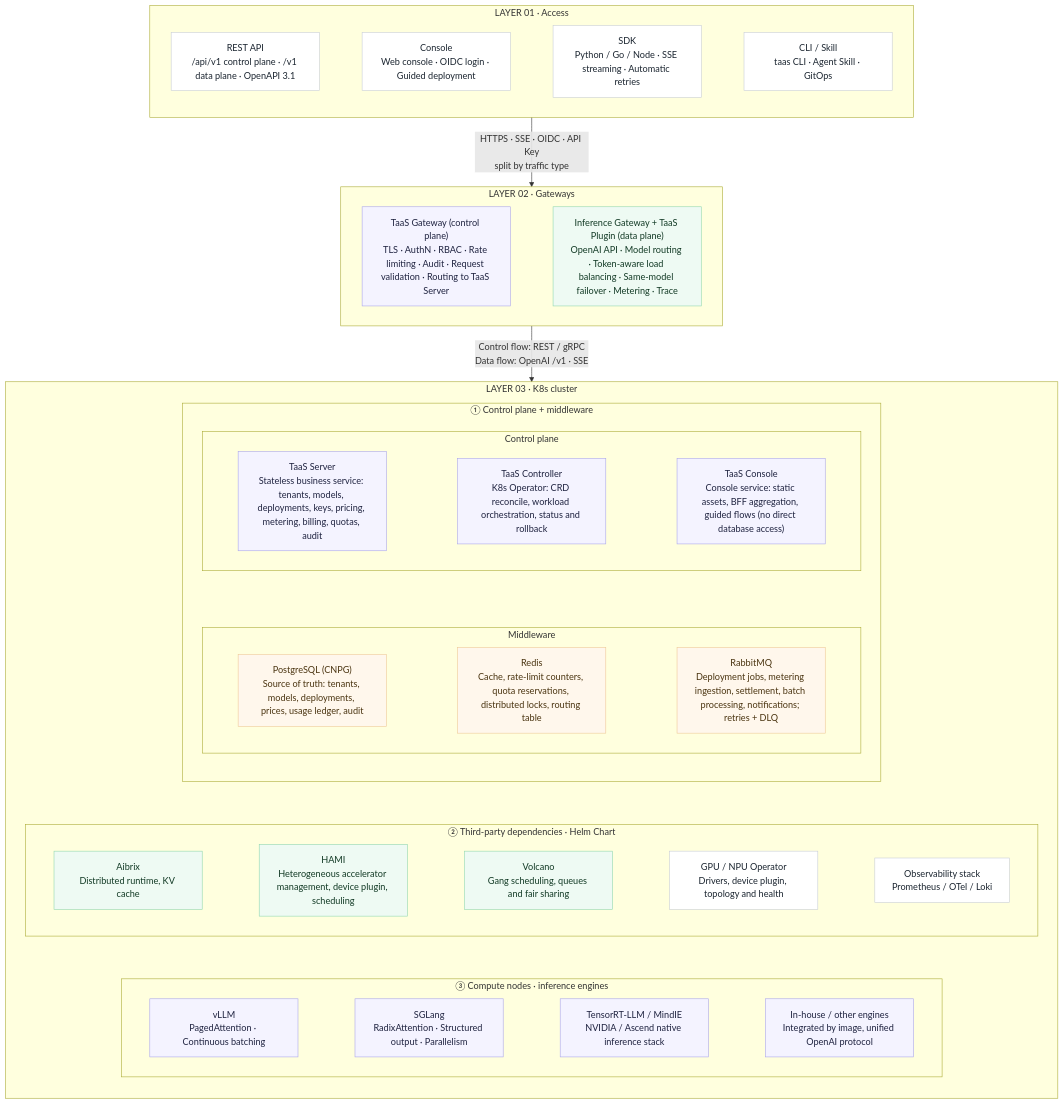
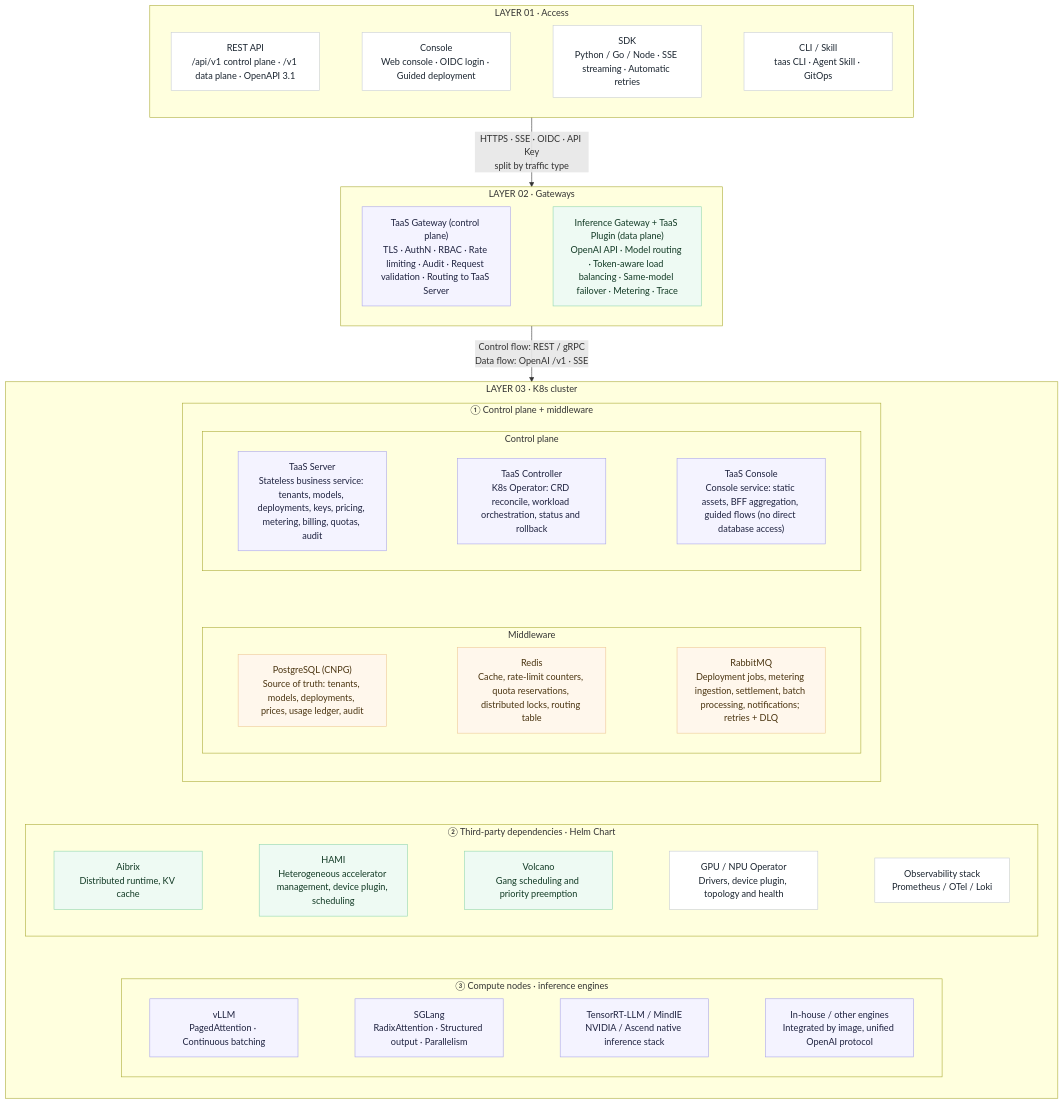
One commit to go-taas/go-taas changed the first of 6 diagrams in site/docs/design/architecture.md. Above: the diagram before and after it, drawn with Mermaid. The commit also changed other lines of this file and 209 other files, not shown here.

````diff
--- a/site/docs/design/architecture.md
+++ b/site/docs/design/architecture.md
@@ -15,66 +15,66 @@
 ```mermaid
 flowchart TB
 subgraph L1["LAYER 01 · Access"]
     direction LR
     A1["REST API<br/>/api/v1 control plane · /v1 data plane · OpenAPI 3.1"]:::cell
     A2["Console<br/>Web console · OIDC login · Guided deployment"]:::cell
     A3["SDK<br/>Python / Go / Node · SSE streaming · Automatic retries"]:::cell
     A4["CLI / Skill<br/>taas CLI · Agent Skill · GitOps"]:::cell
     A1 ~~~ A2 ~~~ A3 ~~~ A4
 end
 
 subgraph L2["LAYER 02 · Gateways"]
     direction LR
     G1["TaaS Gateway (control plane)<br/>TLS · AuthN · RBAC · Rate limiting · Audit · Request validation · Routing to TaaS Server"]:::cp
     G2["Inference Gateway + TaaS Plugin (data plane)<br/>OpenAI API · Model routing · Token-aware load balancing · Same-model failover · Metering · Trace"]:::dp
     G1 ~~~ G2
 end
 
 subgraph L3["LAYER 03 · K8s cluster"]
     direction TB
     subgraph L3A["① Control plane + middleware"]
         direction TB
         subgraph L3A1["Control plane"]
             direction LR
             S1["TaaS Server<br/>Stateless business service: tenants, models, deployments, keys, pricing, metering, billing, quotas, audit"]:::cp
             S2["TaaS Controller<br/>K8s Operator: CRD reconcile, workload orchestration, status and rollback"]:::cp
             S3["TaaS Console<br/>Console service: static assets, BFF aggregation, guided flows (no direct database access)"]:::cp
             S1 ~~~ S2 ~~~ S3
         end
         subgraph L3A2["Middleware"]
             direction LR
             M1["PostgreSQL (CNPG)<br/>Source of truth: tenants, models, deployments, prices, usage ledger, audit"]:::mw
             M2["Redis<br/>Cache, rate-limit counters, quota reservations, distributed locks, routing table"]:::mw
             M3["RabbitMQ<br/>Deployment jobs, metering ingestion, settlement, batch processing, notifications; retries + DLQ"]:::mw
             M1 ~~~ M2 ~~~ M3
         end
         L3A1 ~~~ L3A2
     end
     subgraph L3B["② Third-party dependencies · Helm Chart"]
         direction LR
         B1["Aibrix<br/>Distributed runtime, KV cache"]:::dp
         B2["HAMI<br/>Heterogeneous accelerator management, device plugin, scheduling"]:::dp
-        B3["Volcano<br/>Gang scheduling, queues and fair sharing"]:::dp
+        B3["Volcano<br/>Gang scheduling and priority preemption"]:::dp
         B4["GPU / NPU Operator<br/>Drivers, device plugin, topology and health"]:::cell
         B5["Observability stack<br/>Prometheus / OTel / Loki"]:::cell
         B1 ~~~ B2 ~~~ B3 ~~~ B4 ~~~ B5
     end
     subgraph L3C["③ Compute nodes · inference engines"]
         direction LR
         C1["vLLM<br/>PagedAttention · Continuous batching"]:::cp
         C2["SGLang<br/>RadixAttention · Structured output · Parallelism"]:::cp
         C3["TensorRT-LLM / MindIE<br/>NVIDIA / Ascend native inference stack"]:::cp
         C4["In-house / other engines<br/>Integrated by image, unified OpenAI protocol"]:::cp
         C1 ~~~ C2 ~~~ C3 ~~~ C4
     end
     L3A ~~~ L3B ~~~ L3C
 end
 
 L1 -->|"HTTPS · SSE · OIDC · API Key<br/>split by traffic type"| L2
 L2 -->|"Control flow: REST / gRPC<br/>Data flow: OpenAI /v1 · SSE"| L3
 
 classDef cell fill:#ffffff,stroke:#c7ccd6,color:#1b2530
 classDef cp fill:#f4f3ff,stroke:#a9a4ea,color:#1f2340
 classDef dp fill:#eefaf3,stroke:#8fd6ae,color:#123a25
 classDef mw fill:#fff7ec,stroke:#eec796,color:#4a3410
 ```
````
